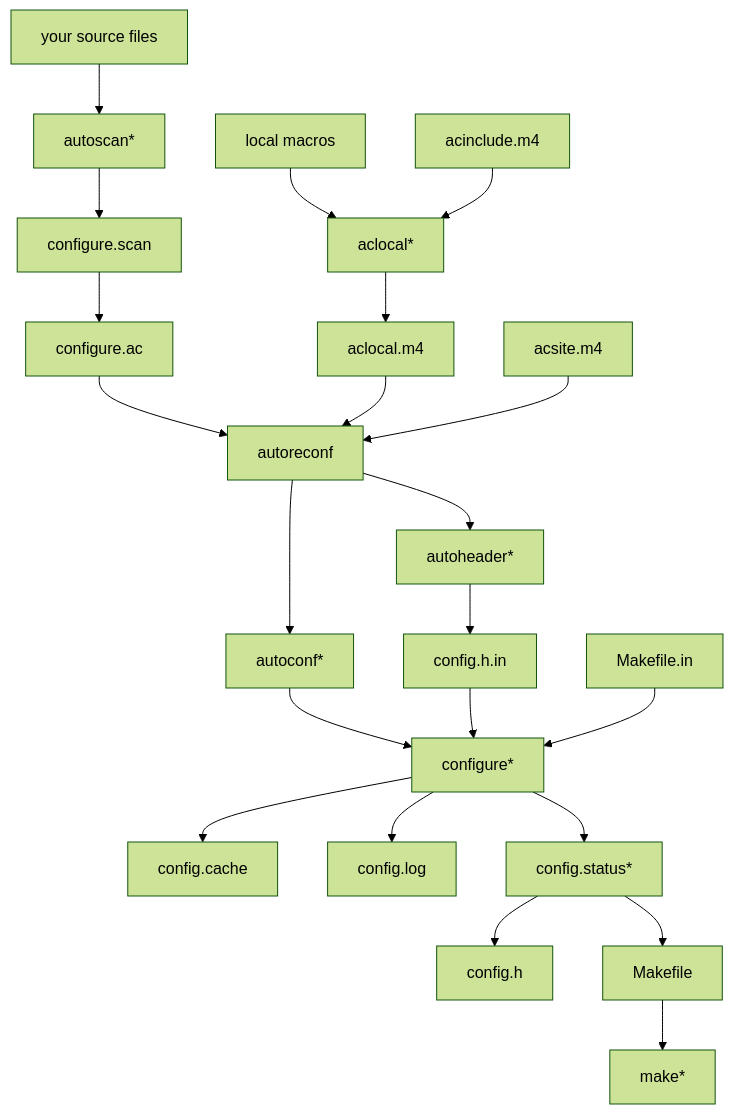
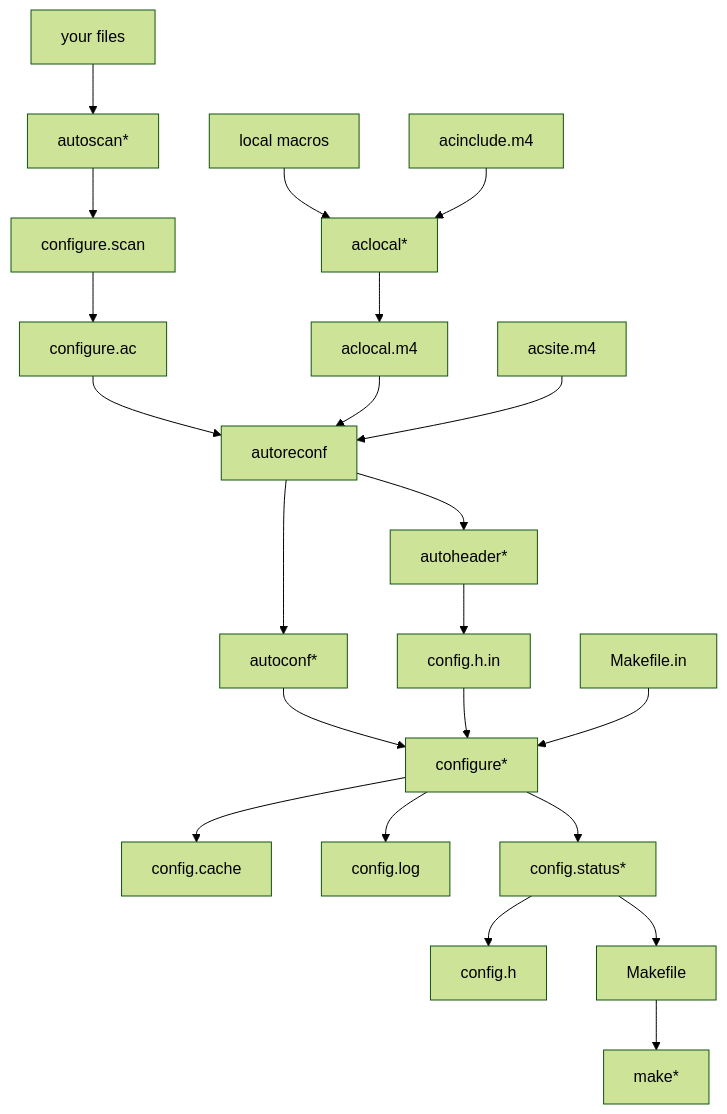
One commit to maxsu/MermaidTest changed the diagram in MermaidMarkdownExample.md. Above: the diagram before and after it, drawn with Mermaid (forest theme). The commit also changed other lines of this file, not shown here.

````diff
--- a/MermaidMarkdownExample.md
+++ b/MermaidMarkdownExample.md
@@ -31,14 +37,20 @@
 ```mermaid
 graph 
-    A["your source files"] --> B["autoscan*"] --> C["configure.scan"] --> D["configure.ac"] --> X
-    E["local macros"] --> F["aclocal*"] --> G["aclocal.m4"] --> X["autoreconf"]
-    H["acinclude.m4"] --> F
-    I["acsite.m4"] --> X
-    X --> J["autoconf*"] --> K["configure*"]
-    X --> L["autoheader*"]  --> M["config.h.in"] --> K
-    N["Makefile.in"] --> K
-    K --> P["config.cache"]
-    K --> Q["config.log"]
-    K --> O["config.status*"] --> R["config.h"]
-    O --> S["Makefile"] --> T["make*"]
+    A["your files"] --> B["autoscan*"] --> C["configure.scan"] --> D["configure.ac"] 
+
+    E["local macros"] & F["acinclude.m4"] --> G["aclocal*"] --> H["aclocal.m4"]
+
+    D["configure.ac"] & H["aclocal.m4"] & I["acsite.m4"] 
+        --> J["autoreconf"]
+    --> K["autoconf*"] & L["autoheader*"]
+
+    L["autoheader*"]  --> M["config.h.in"]
+
+    K["autoconf*"] & M["config.h.in"]  & N["Makefile.in"]
+        --> O["configure*"] 
+    --> P["config.cache"] & Q["config.log"] & R["config.status*"]
+
+    R["config.status*"] --> S["config.h"] & T["Makefile"]
+
+    T["Makefile"] --> U["make*"]
 ```
````
